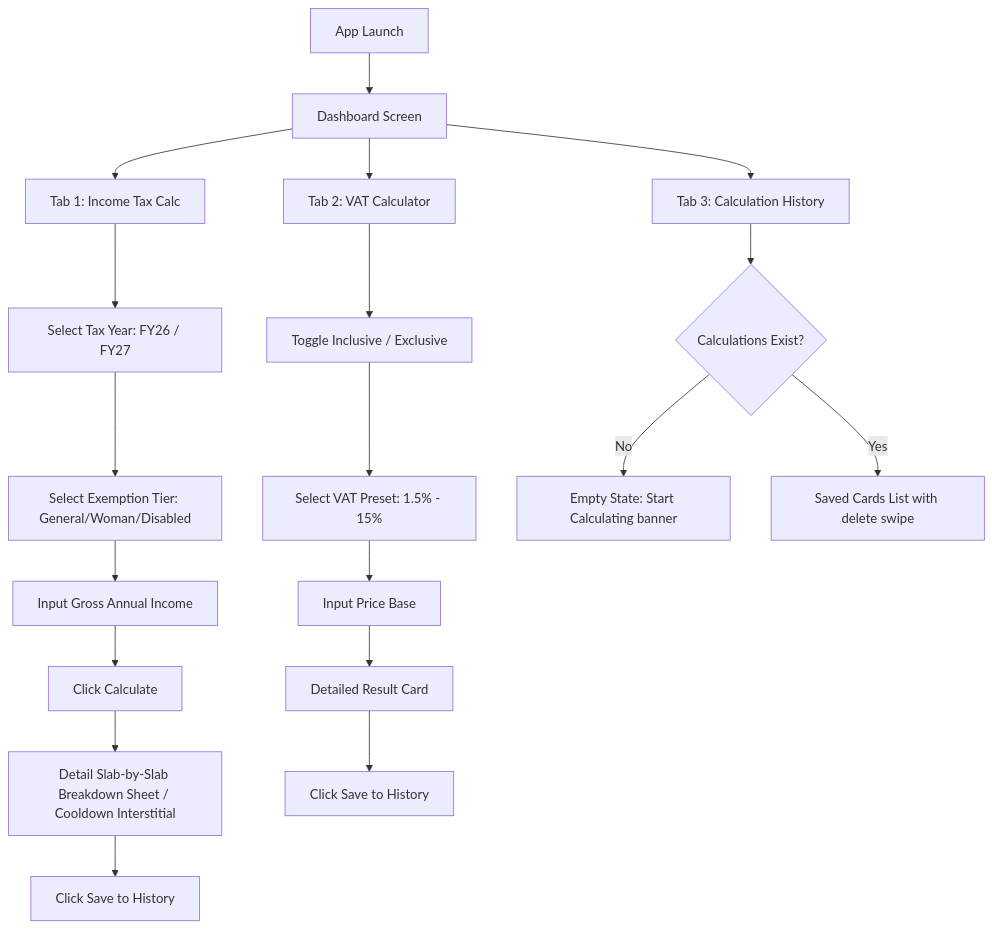
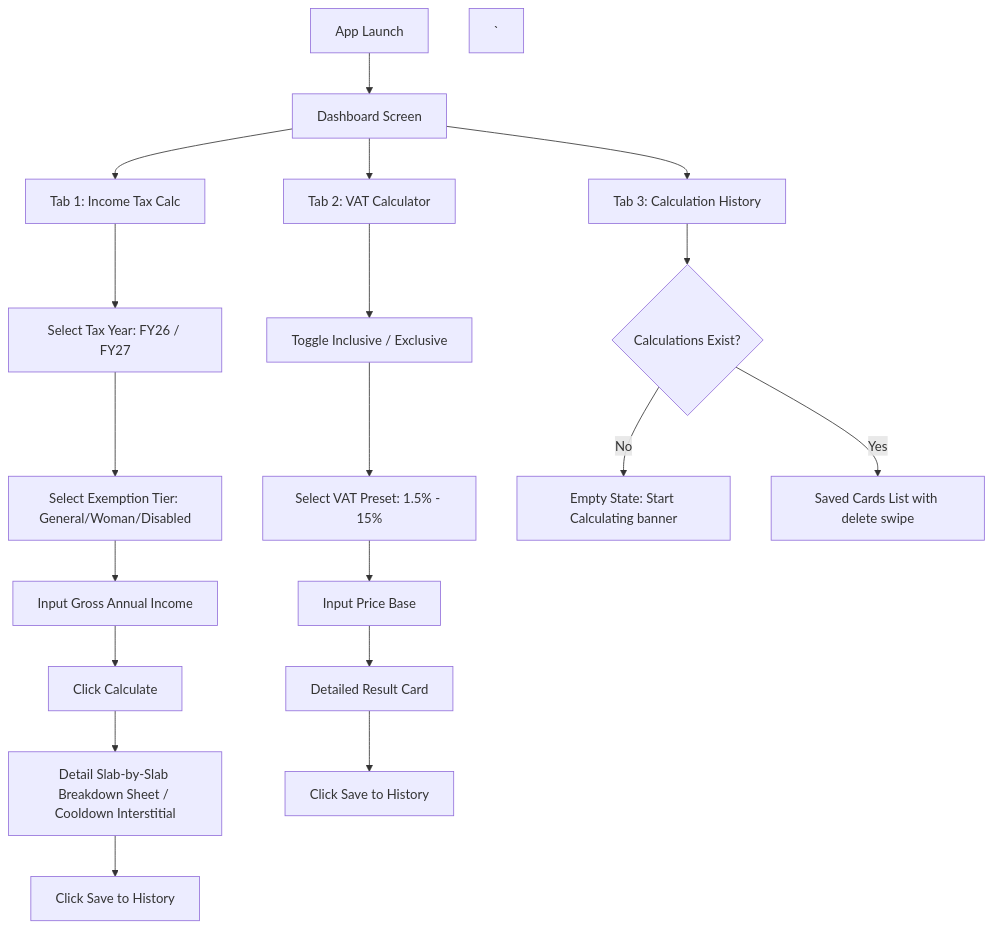
The diagram in 11. BD Tax & VAT Calc/03.FUNCTIONAL-FLOWS.md (Savior-Systems/Savior-Systems-Android-Projects), drawn with Mermaid before and after one commit. The commit also changed other lines of this file and 450 other files, not shown here.

````diff
--- a/11. BD Tax & VAT Calc/03.FUNCTIONAL-FLOWS.md
+++ b/11. BD Tax & VAT Calc/03.FUNCTIONAL-FLOWS.md
@@ -9,25 +9,25 @@
 ```mermaid
 graph TD
     A[App Launch] --> B[Dashboard Screen]
-    
+`
     B --> C[Tab 1: Income Tax Calc]
     B --> D[Tab 2: VAT Calculator]
     B --> E[Tab 3: Calculation History]
-    
+`
     C --> C1[Select Tax Year: FY26 / FY27]
     C1 --> C2[Select Exemption Tier: General/Woman/Disabled]
     C2 --> C3[Input Gross Annual Income]
     C3 --> C4[Click Calculate]
     C4 --> C5[Detail Slab-by-Slab Breakdown Sheet / Cooldown Interstitial]
     C5 --> C6[Click Save to History]
-    
+`
     D --> D1[Toggle Inclusive / Exclusive]
     D1 --> D2[Select VAT Preset: 1.5% - 15%]
     D2 --> D3[Input Price Base]
     D3 --> D4[Detailed Result Card]
     D4 --> D5[Click Save to History]
-    
+`
     E --> E1{Calculations Exist?}
     E1 -->|No| E2[Empty State: Start Calculating banner]
     E1 -->|Yes| E3[Saved Cards List with delete swipe]
 ```
````
